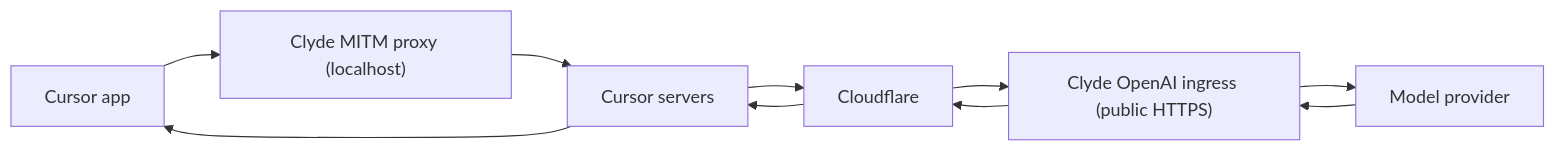
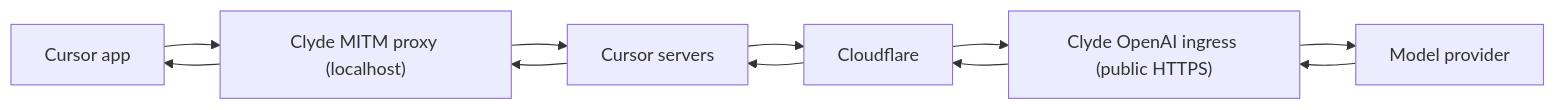
One commit to agoodkind/clyde changed the diagram in docs/cursor.md. Above: the diagram before and after it, drawn with Mermaid.

Commit message:
Route the Cursor return leg back through the MITM in docs/cursor.md diagram

````diff
--- a/docs/cursor.md
+++ b/docs/cursor.md
@@ -26,12 +26,13 @@
 ```mermaid
 flowchart LR
   app["Cursor app"] --> mitm["Clyde MITM proxy (localhost)"]
   mitm --> servers["Cursor servers"]
   servers --> cf["Cloudflare"]
   cf --> ingress["Clyde OpenAI ingress (public HTTPS)"]
   ingress --> provider["Model provider"]
   provider --> ingress
   ingress --> cf
   cf --> servers
-  servers --> app
+  servers --> mitm
+  mitm --> app
 ```
````
